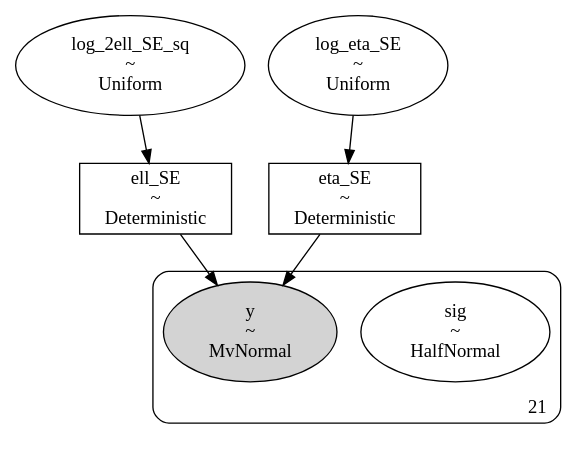
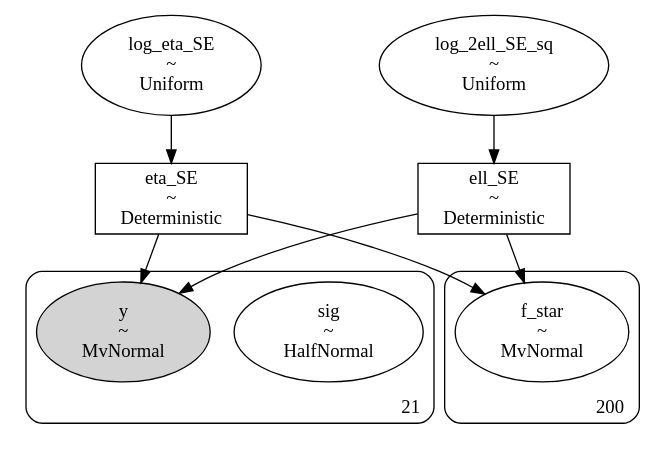
Before and after one commit to shihchingfu/gp-sandbox-thunderkat: the diagram in dags/428_ra236.530_dec-46.922_4U1543TraPDB_andersson_se_dag.dot, drawn with Graphviz. The commit also changed 12 other files, not shown here.

```diff
--- a/dags/428_ra236.530_dec-46.922_4U1543TraPDB_andersson_se_dag.dot
+++ b/dags/428_ra236.530_dec-46.922_4U1543TraPDB_andersson_se_dag.dot
@@ -1,27 +1,35 @@
 digraph {
 	eta_SE [label="eta_SE
 ~
 Deterministic" shape=box]
 	ell_SE [label="ell_SE
 ~
 Deterministic" shape=box]
 	log_2ell_SE_sq [label="log_2ell_SE_sq
 ~
 Uniform" shape=ellipse]
 	log_eta_SE [label="log_eta_SE
 ~
 Uniform" shape=ellipse]
 	subgraph cluster21 {
 		sig [label="sig
 ~
 HalfNormal" shape=ellipse]
 		y [label="y
 ~
 MvNormal" shape=ellipse style=filled]
 		label=21 labeljust=r labelloc=b style=rounded
 	}
+	subgraph cluster200 {
+		f_star [label="f_star
+~
+MvNormal" shape=ellipse]
+		label=200 labeljust=r labelloc=b style=rounded
+	}
 	log_2ell_SE_sq -> ell_SE
 	log_eta_SE -> eta_SE
 	eta_SE -> y
 	ell_SE -> y
+	eta_SE -> f_star
+	ell_SE -> f_star
 }
```
